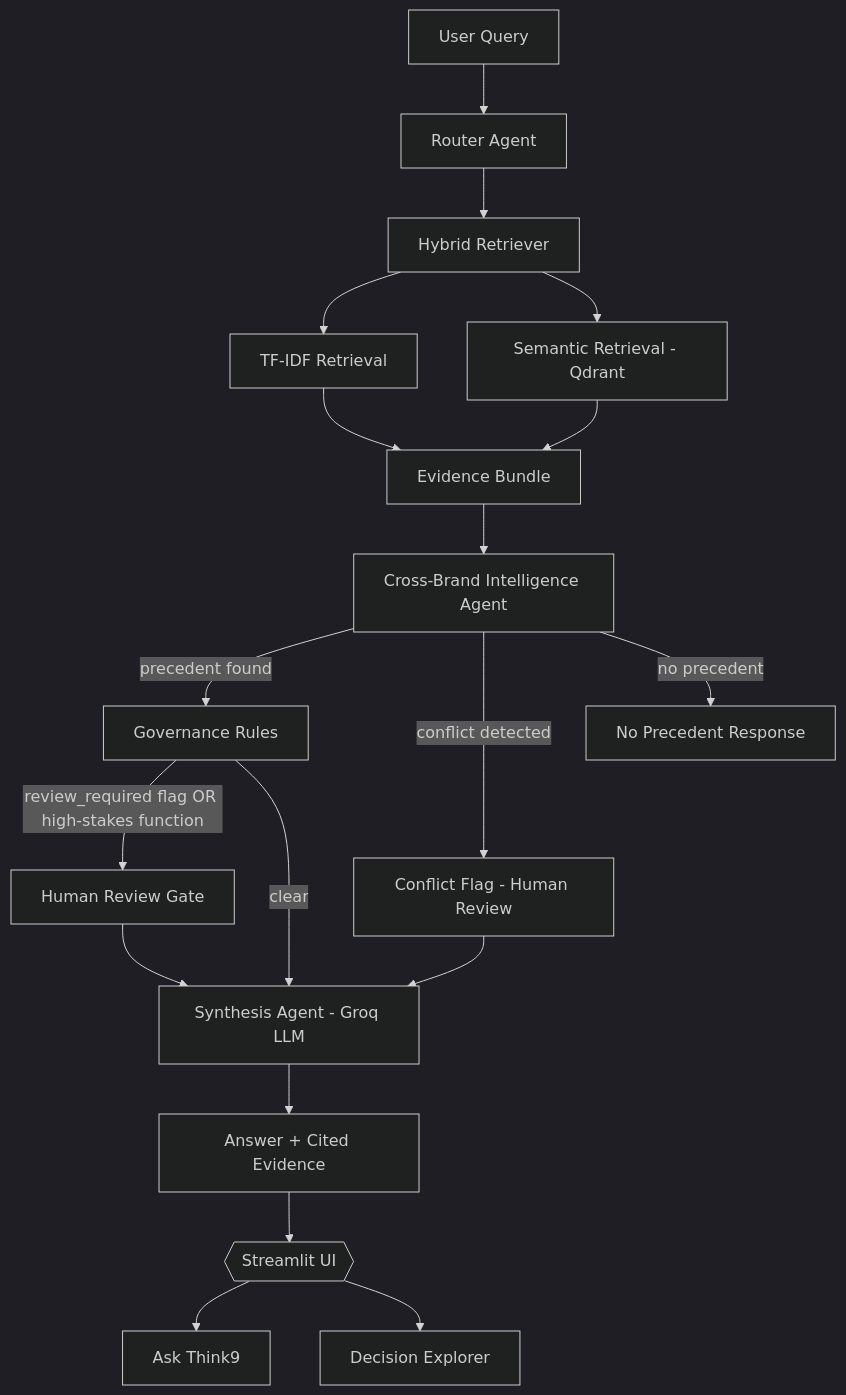
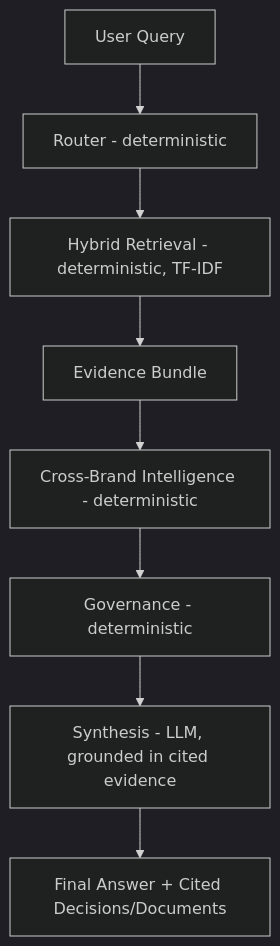
The diagram in README.md (9raveen/Think9-Decision-Intelligence-OS), drawn with Mermaid (dark theme) before and after one commit. The commit also changed other lines of this file and 2 other files, not shown here.

Commit message:
docs: sync with verified repo state - 21 tests, 3 governance triggers, evidence-grounded synthesis, Q7 root cause

````diff
--- a/README.md
+++ b/README.md
@@ -30,21 +41,10 @@
 ```mermaid
 flowchart TD
-    A[User Query] --> B[Router Agent]
-    B --> C[Hybrid Retriever]
-    C --> C1[TF-IDF Retrieval]
-    C --> C2[Semantic Retrieval - Qdrant]
-    C1 --> D[Evidence Bundle]
-    C2 --> D
-    D --> E[Cross-Brand Intelligence Agent]
-    E -->|precedent found| F[Governance Rules]
-    E -->|conflict detected| G[Conflict Flag - Human Review]
-    E -->|no precedent| H[No Precedent Response]
-    F -->|review_required flag OR high-stakes function| I[Human Review Gate]
-    F -->|clear| J[Synthesis Agent - Groq LLM]
-    G --> J
-    I --> J
-    J --> K[Answer + Cited Evidence]
-    K --> L{{Streamlit UI}}
-    L --> L1[Ask Think9]
-    L --> L2[Decision Explorer]
+    A[User Query] --> B[Router - deterministic]
+    B --> C[Hybrid Retrieval - deterministic, TF-IDF]
+    C --> D[Evidence Bundle]
+    D --> E[Cross-Brand Intelligence - deterministic]
+    E --> F[Governance - deterministic]
+    F --> G[Synthesis - LLM, grounded in cited evidence]
+    G --> H[Final Answer + Cited Decisions/Documents]
 ```
````
